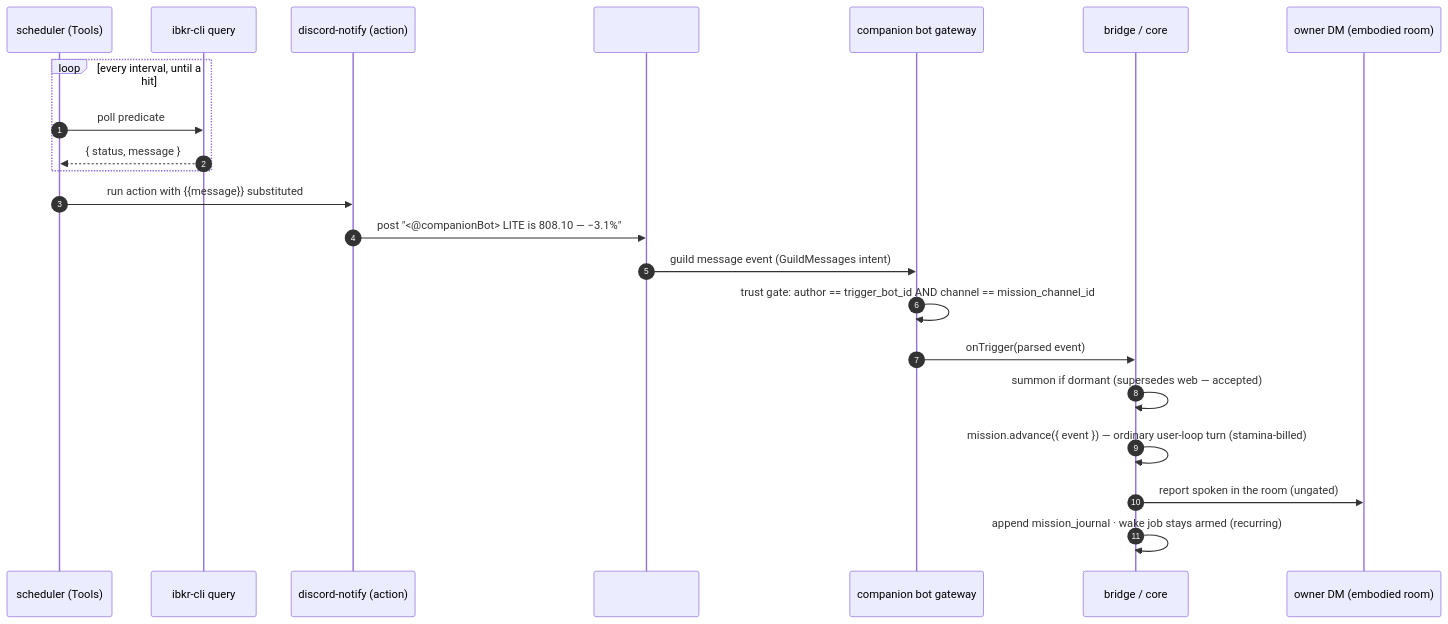
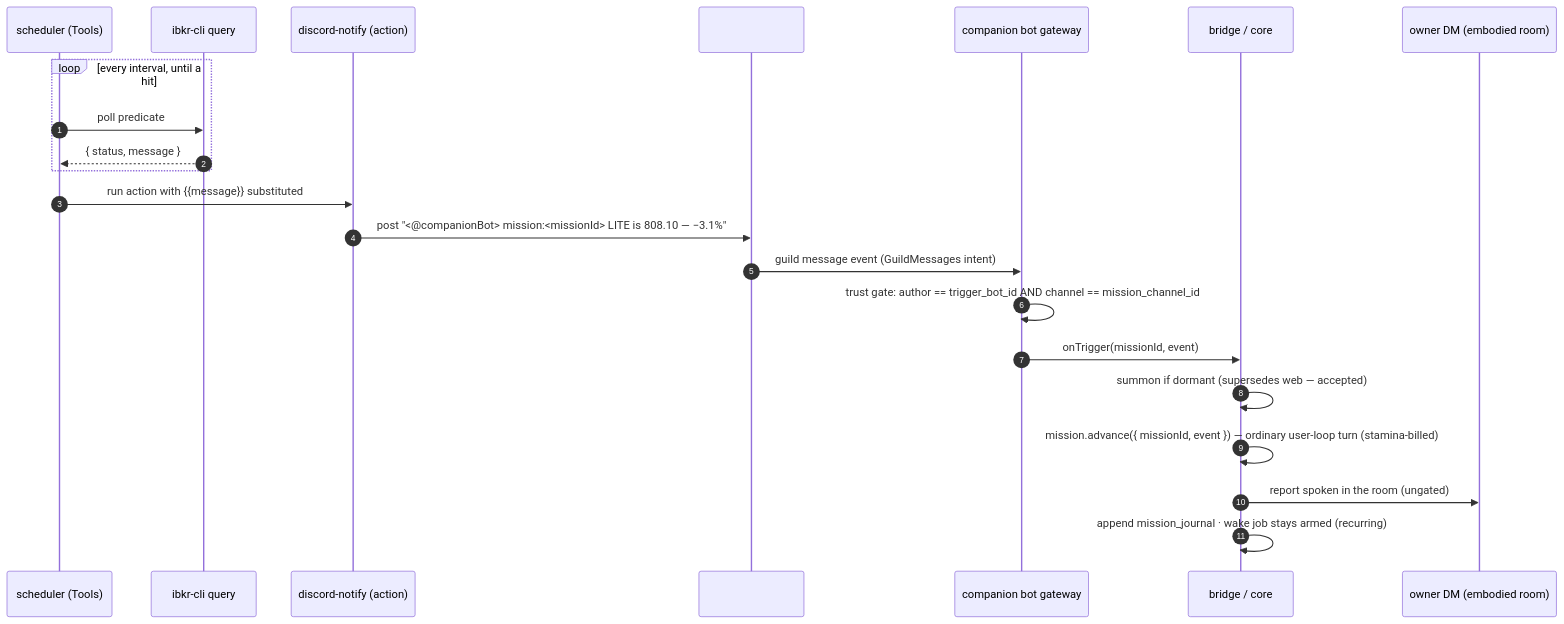
The second of 3 diagrams in docs/companion-missions.md (CobbleStamp/CobbleCompanion), drawn with Mermaid before and after one commit. The commit also changed other lines of this file and 29 other files, not shown here.

````diff
--- a/docs/companion-missions.md
+++ b/docs/companion-missions.md
@@ -126,25 +126,25 @@
 ```mermaid
 sequenceDiagram
     autonumber
     participant SCH as scheduler (Tools)
     participant PRED as ibkr-cli query
     participant DN as discord-notify (action)
     participant CH as #mission channel
     participant GW as companion bot gateway
     participant BR as bridge / core
     participant ROOM as owner DM (embodied room)
 
     loop every interval, until a hit
         SCH->>PRED: poll predicate
         PRED-->>SCH: { status, message }
     end
     SCH->>DN: run action with {{message}} substituted
-    DN->>CH: post "<@companionBot> LITE is 808.10 — −3.1%"
+    DN->>CH: post "<@companionBot> mission:<missionId> LITE is 808.10 — −3.1%"
     CH->>GW: guild message event (GuildMessages intent)
     GW->>GW: trust gate: author == trigger_bot_id AND channel == mission_channel_id
-    GW->>BR: onTrigger(parsed event)
+    GW->>BR: onTrigger(missionId, event)
     BR->>BR: summon if dormant (supersedes web — accepted)
-    BR->>BR: mission.advance({ event }) — ordinary user-loop turn (stamina-billed)
+    BR->>BR: mission.advance({ missionId, event }) — ordinary user-loop turn (stamina-billed)
     BR->>ROOM: report spoken in the room (ungated)
     BR->>BR: append mission_journal · wake job stays armed (recurring)
 ```
````
